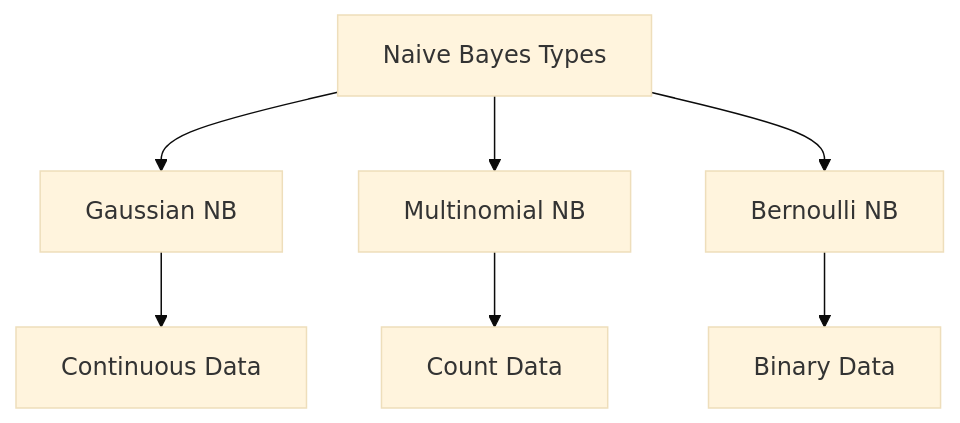
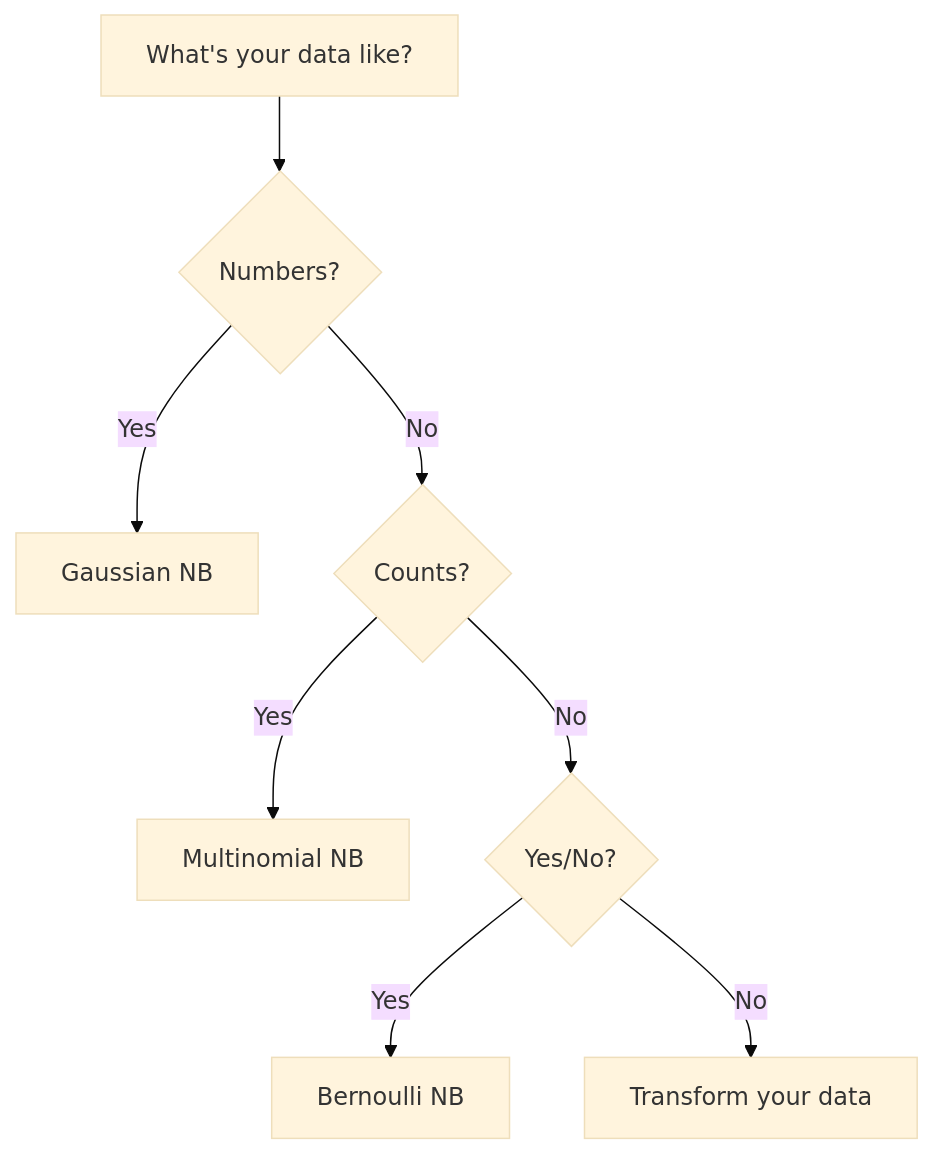
The first of 2 diagrams in docs/5-ml-fundamentals/5.2-supervised-learning-1/naive-bayes/3-types.md (codebyshennan/tamkeen-data), drawn with Mermaid (base theme) before and after one commit. The commit also changed other lines of this file and 134 other files, not shown here.

````diff
--- a/docs/5-ml-fundamentals/5.2-supervised-learning-1/naive-bayes/3-types.md
+++ b/docs/5-ml-fundamentals/5.2-supervised-learning-1/naive-bayes/3-types.md
@@ -7,9 +15,10 @@
 ```mermaid
 graph TD
-    A[Naive Bayes Types] --> B[Gaussian NB]
-    A --> C[Multinomial NB]
-    A --> D[Bernoulli NB]
-    B --> E[Continuous Data]
-    C --> F[Count Data]
-    D --> G[Binary Data]
+    A[What's your data like?] --> B{Numbers?}
+    B -->|Yes| C[Gaussian NB]
+    B -->|No| D{Counts?}
+    D -->|Yes| E[Multinomial NB]
+    D -->|No| F{Yes/No?}
+    F -->|Yes| G[Bernoulli NB]
+    F -->|No| H[Transform your data]
 ```
````
